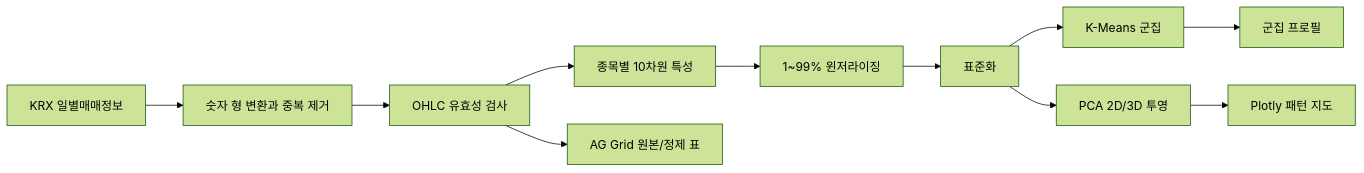
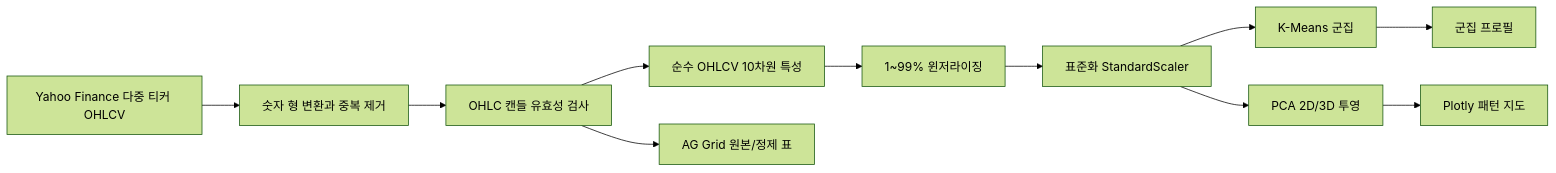
The diagram in README.md (edumgt/krx-aggrid), drawn with Mermaid (forest theme) before and after one commit. The commit also changed other lines of this file and 17 other files, not shown here.

First line of the commit message:
feat: Implement Yahoo Finance client for fetching stock data and enhance UI styles

````diff
--- a/README.md
+++ b/README.md
@@ -20,13 +20,13 @@
 ```mermaid
 flowchart LR
-    A[KRX 일별매매정보] --> B[숫자 형 변환과 중복 제거]
-    B --> C[OHLC 유효성 검사]
-    C --> D[종목별 10차원 특성]
+    A[Yahoo Finance 다중 티커 OHLCV] --> B[숫자 형 변환과 중복 제거]
+    B --> C[OHLC 캔들 유효성 검사]
+    C --> D[순수 OHLCV 10차원 특성]
     D --> E[1~99% 윈저라이징]
-    E --> F[표준화]
+    E --> F[표준화 StandardScaler]
     F --> G[K-Means 군집]
     F --> H[PCA 2D/3D 투영]
     G --> I[군집 프로필]
     H --> J[Plotly 패턴 지도]
     C --> K[AG Grid 원본/정제 표]
 ```
````
